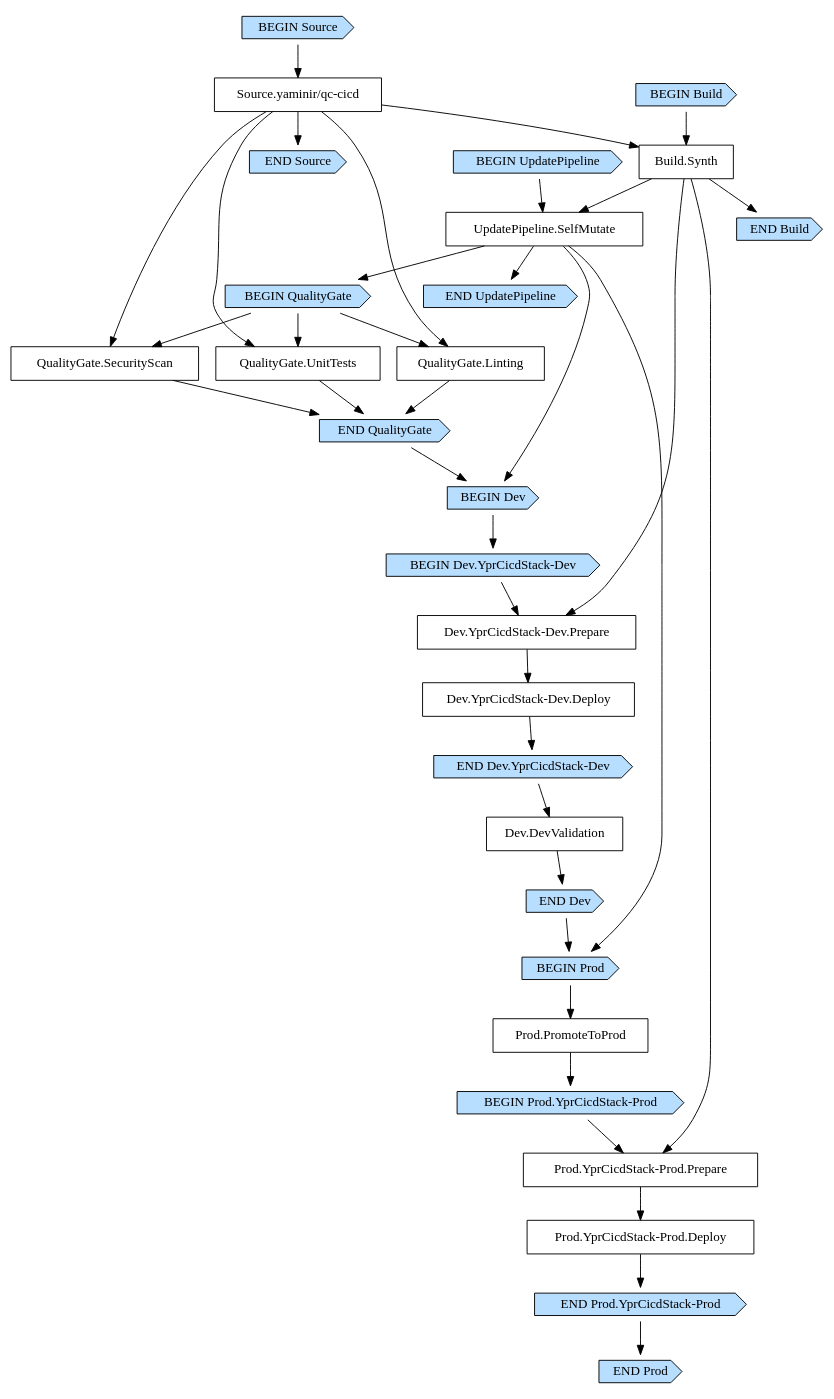
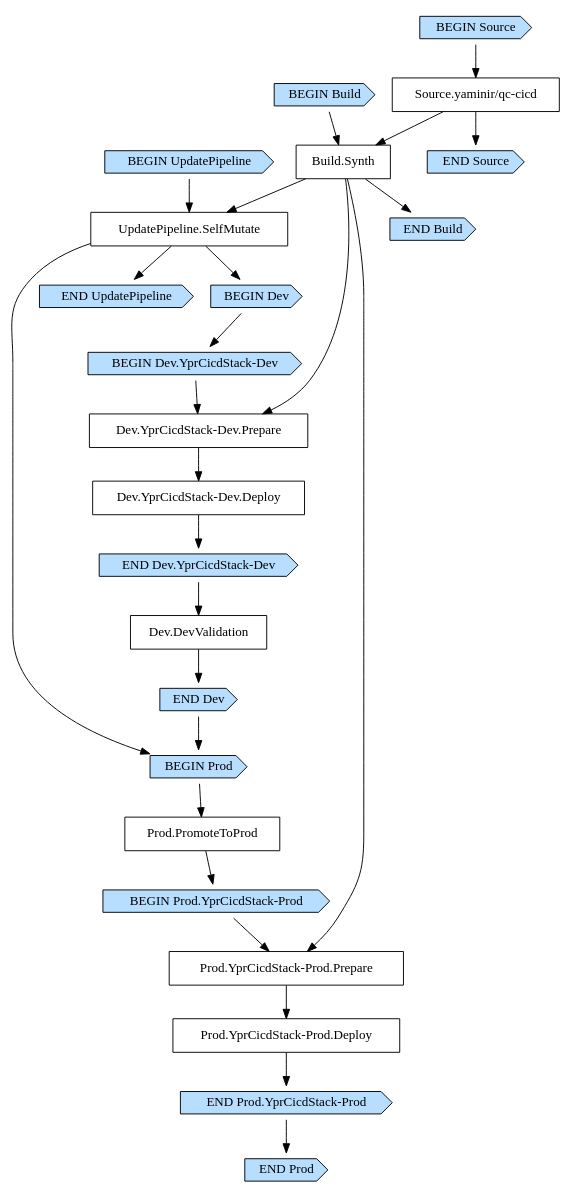
One commit to yaminir/qc-cicd changed the diagram in cdk.out/PipelineStackPipeline9DB740AF.dot. Above: the diagram before and after it, drawn with Graphviz. The commit also changed 6 other files, not shown here.

Commit message:
Fix unit tests for bucket configuration

```diff
--- a/cdk.out/PipelineStackPipeline9DB740AF.dot
+++ b/cdk.out/PipelineStackPipeline9DB740AF.dot
@@ -1,71 +1,55 @@
 digraph G {
   # Arrows represent an "unlocks" relationship (opposite of dependency). So chosen
   # because the layout looks more natural that way.
   # To represent subgraph dependencies, subgraphs are represented by BEGIN/END nodes.
   # To render: `dot -Tsvg PipelineStackPipeline9DB740AF.dot > graph.svg`, open in a browser.
   node [shape="box"];
 "BEGIN Build" [shape="cds", style="filled", fillcolor="#b7deff"];
 "END Build" [shape="cds", style="filled", fillcolor="#b7deff"];
 "Build.Synth";
 "Source.yaminir/qc-cicd" -> "Build.Synth";
 "BEGIN Build" -> "Build.Synth";
 "Build.Synth" -> "END Build";
 "BEGIN UpdatePipeline" [shape="cds", style="filled", fillcolor="#b7deff"];
 "END UpdatePipeline" [shape="cds", style="filled", fillcolor="#b7deff"];
 "UpdatePipeline.SelfMutate";
 "Build.Synth" -> "UpdatePipeline.SelfMutate";
 "BEGIN UpdatePipeline" -> "UpdatePipeline.SelfMutate";
 "UpdatePipeline.SelfMutate" -> "END UpdatePipeline";
-"BEGIN QualityGate" [shape="cds", style="filled", fillcolor="#b7deff"];
-"END QualityGate" [shape="cds", style="filled", fillcolor="#b7deff"];
-"UpdatePipeline.SelfMutate" -> "BEGIN QualityGate";
-"QualityGate.UnitTests";
-"Source.yaminir/qc-cicd" -> "QualityGate.UnitTests";
-"QualityGate.Linting";
-"Source.yaminir/qc-cicd" -> "QualityGate.Linting";
-"QualityGate.SecurityScan";
-"Source.yaminir/qc-cicd" -> "QualityGate.SecurityScan";
-"BEGIN QualityGate" -> "QualityGate.Linting";
-"BEGIN QualityGate" -> "QualityGate.SecurityScan";
-"BEGIN QualityGate" -> "QualityGate.UnitTests";
-"QualityGate.Linting" -> "END QualityGate";
-"QualityGate.SecurityScan" -> "END QualityGate";
-"QualityGate.UnitTests" -> "END QualityGate";
 "BEGIN Dev" [shape="cds", style="filled", fillcolor="#b7deff"];
 "END Dev" [shape="cds", style="filled", fillcolor="#b7deff"];
 "UpdatePipeline.SelfMutate" -> "BEGIN Dev";
-"END QualityGate" -> "BEGIN Dev";
 "BEGIN Dev.YprCicdStack-Dev" [shape="cds", style="filled", fillcolor="#b7deff"];
 "END Dev.YprCicdStack-Dev" [shape="cds", style="filled", fillcolor="#b7deff"];
 "Dev.YprCicdStack-Dev.Deploy";
 "Dev.YprCicdStack-Dev.Prepare" -> "Dev.YprCicdStack-Dev.Deploy";
 "Dev.YprCicdStack-Dev.Prepare";
 "Build.Synth" -> "Dev.YprCicdStack-Dev.Prepare";
 "BEGIN Dev.YprCicdStack-Dev" -> "Dev.YprCicdStack-Dev.Prepare";
 "Dev.YprCicdStack-Dev.Deploy" -> "END Dev.YprCicdStack-Dev";
 "Dev.DevValidation";
 "END Dev.YprCicdStack-Dev" -> "Dev.DevValidation";
 "BEGIN Dev" -> "BEGIN Dev.YprCicdStack-Dev";
 "Dev.DevValidation" -> "END Dev";
 "BEGIN Prod" [shape="cds", style="filled", fillcolor="#b7deff"];
 "END Prod" [shape="cds", style="filled", fillcolor="#b7deff"];
 "UpdatePipeline.SelfMutate" -> "BEGIN Prod";
 "END Dev" -> "BEGIN Prod";
 "BEGIN Prod.YprCicdStack-Prod" [shape="cds", style="filled", fillcolor="#b7deff"];
 "END Prod.YprCicdStack-Prod" [shape="cds", style="filled", fillcolor="#b7deff"];
 "Prod.PromoteToProd" -> "BEGIN Prod.YprCicdStack-Prod";
 "Prod.YprCicdStack-Prod.Deploy";
 "Prod.YprCicdStack-Prod.Prepare" -> "Prod.YprCicdStack-Prod.Deploy";
 "Prod.YprCicdStack-Prod.Prepare";
 "Build.Synth" -> "Prod.YprCicdStack-Prod.Prepare";
 "BEGIN Prod.YprCicdStack-Prod" -> "Prod.YprCicdStack-Prod.Prepare";
 "Prod.YprCicdStack-Prod.Deploy" -> "END Prod.YprCicdStack-Prod";
 "Prod.PromoteToProd";
 "BEGIN Prod" -> "Prod.PromoteToProd";
 "END Prod.YprCicdStack-Prod" -> "END Prod";
 "BEGIN Source" [shape="cds", style="filled", fillcolor="#b7deff"];
 "END Source" [shape="cds", style="filled", fillcolor="#b7deff"];
 "Source.yaminir/qc-cicd";
 "BEGIN Source" -> "Source.yaminir/qc-cicd";
 "Source.yaminir/qc-cicd" -> "END Source";
 }
```
